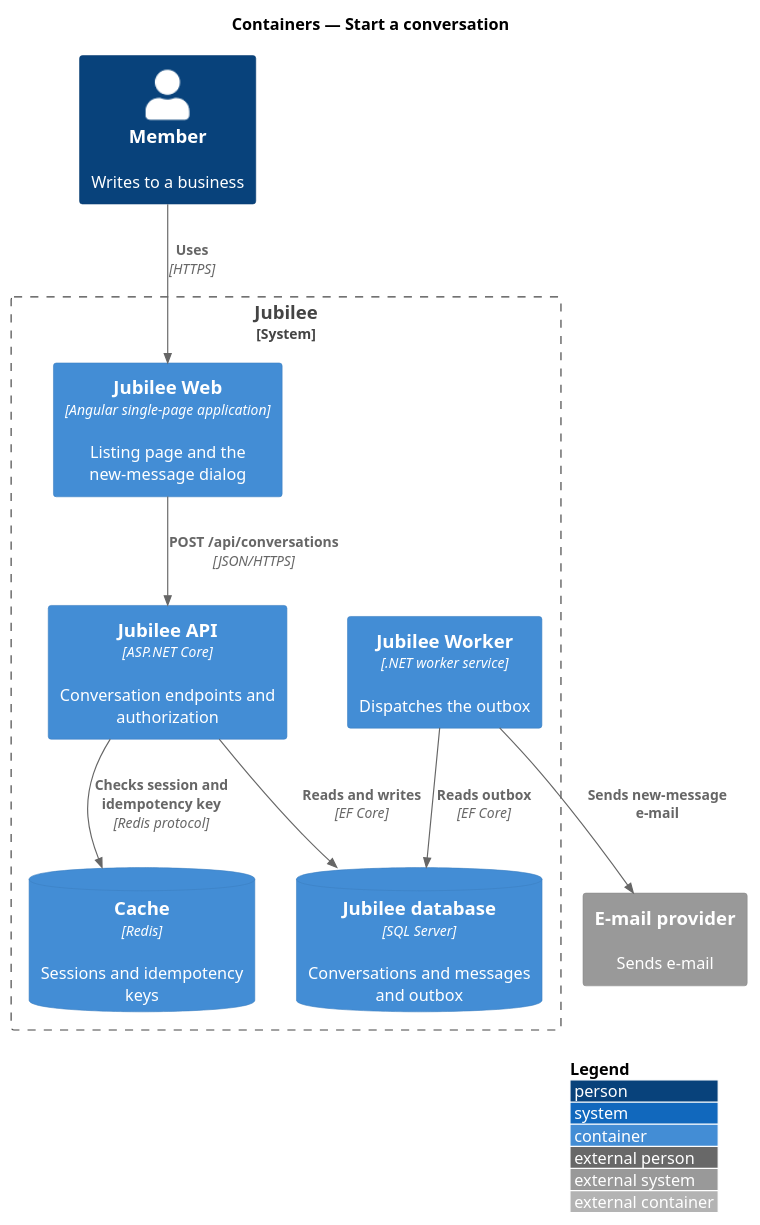
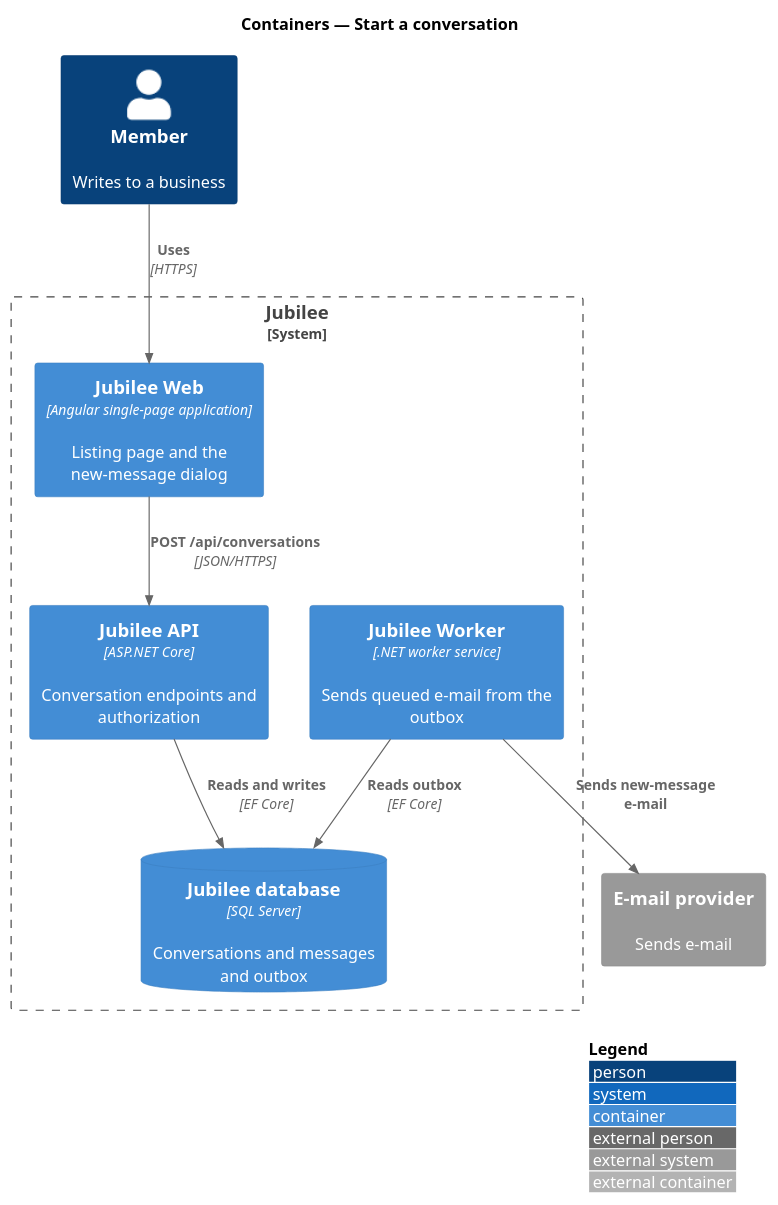
Before and after one commit to QuinntyneBrown/jubilee: the diagram in docs/detailed-designs/messaging/start-conversation/diagrams/c4-container.puml, drawn with PlantUML. The commit also changed 106 other files, not shown here.

```diff
--- a/docs/detailed-designs/messaging/start-conversation/diagrams/c4-container.puml
+++ b/docs/detailed-designs/messaging/start-conversation/diagrams/c4-container.puml
@@ -1,22 +1,20 @@
 @startuml
 !include <C4/C4_Container>
 LAYOUT_WITH_LEGEND()
 title Containers — Start a conversation
 
 Person(member, "Member", "Writes to a business")
 System_Boundary(jubilee, "Jubilee") {
   Container(web, "Jubilee Web", "Angular single-page application", "Listing page and the new-message dialog")
   Container(api, "Jubilee API", "ASP.NET Core", "Conversation endpoints and authorization")
-  Container(worker, "Jubilee Worker", ".NET worker service", "Dispatches the outbox")
+  Container(worker, "Jubilee Worker", ".NET worker service", "Sends queued e-mail from the outbox")
   ContainerDb(db, "Jubilee database", "SQL Server", "Conversations and messages and outbox")
-  ContainerDb(cache, "Cache", "Redis", "Sessions and idempotency keys")
 }
 System_Ext(email, "E-mail provider", "Sends e-mail")
 
 Rel(member, web, "Uses", "HTTPS")
 Rel(web, api, "POST /api/conversations", "JSON/HTTPS")
 Rel(api, db, "Reads and writes", "EF Core")
-Rel(api, cache, "Checks session and idempotency key", "Redis protocol")
 Rel(worker, db, "Reads outbox", "EF Core")
 Rel(worker, email, "Sends new-message e-mail")
 @enduml
```
